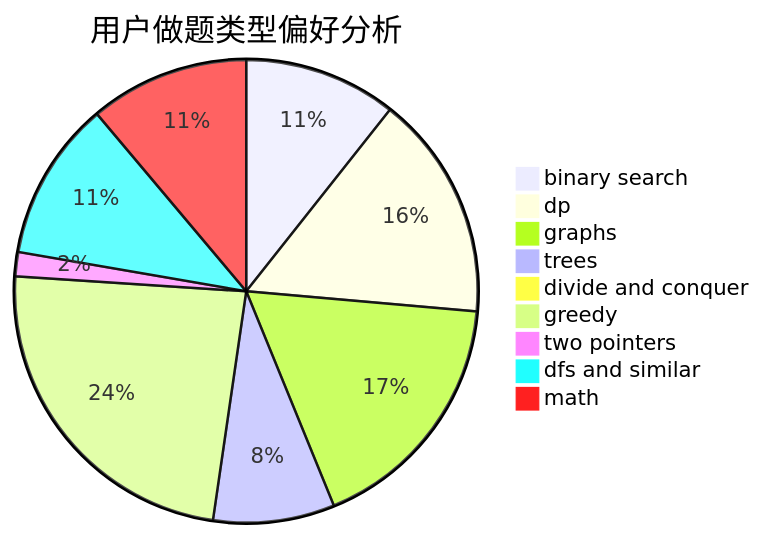
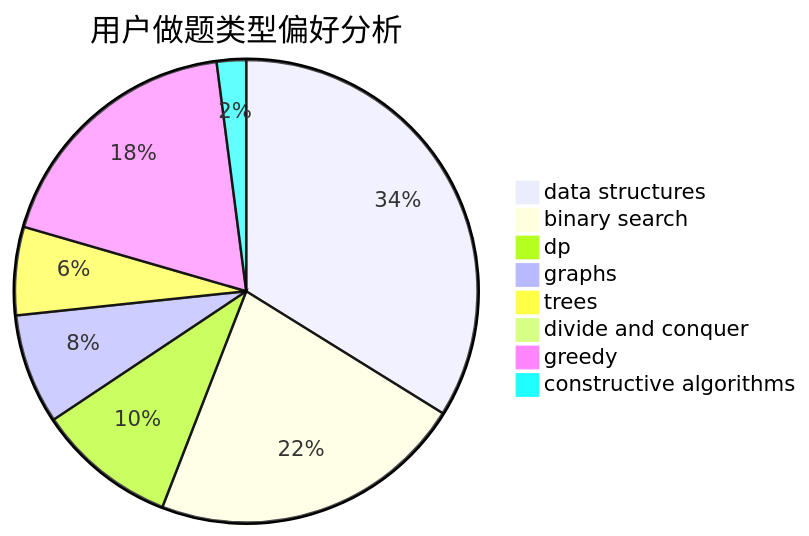
Before and after one commit to sherpahu/cfrs.github.io: the second of 3 diagrams in docs/user/u2237.md, drawn with Mermaid. The commit also changed other lines of this file and 2775 other files, not shown here.

````diff
--- a/docs/user/u2237.md
+++ b/docs/user/u2237.md
@@ -23,12 +23,11 @@
 ```mermaid
 pie title 用户做题类型偏好分析
-    "binary search" :  44
-    "dp" :  65
-    "graphs" :  72
-    "trees" :  35
+    "data structures" :  66
+    "binary search" :  43
+    "dp" :  19
+    "graphs" :  15
+    "trees" :  12
     "divide and conquer" :  0
-    "greedy" :  98
-    "two pointers" :  7
-    "dfs and similar" :  46
-    "math" :  46
+    "greedy" :  36
+    "constructive algorithms" :  4
 ```
````
